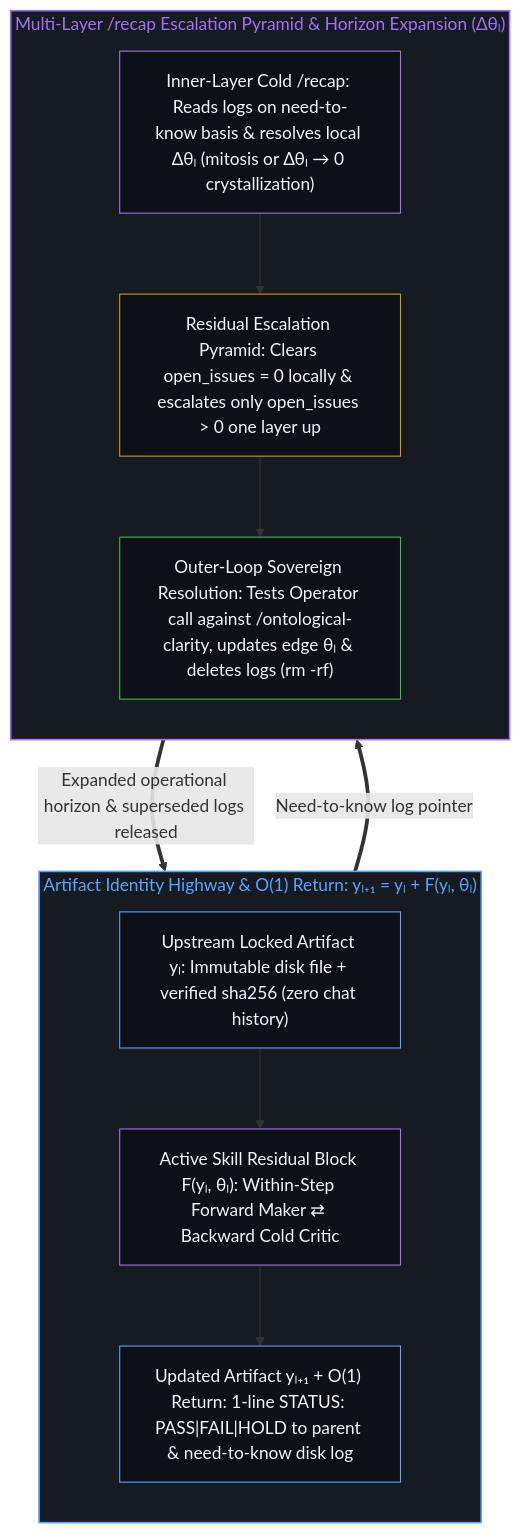
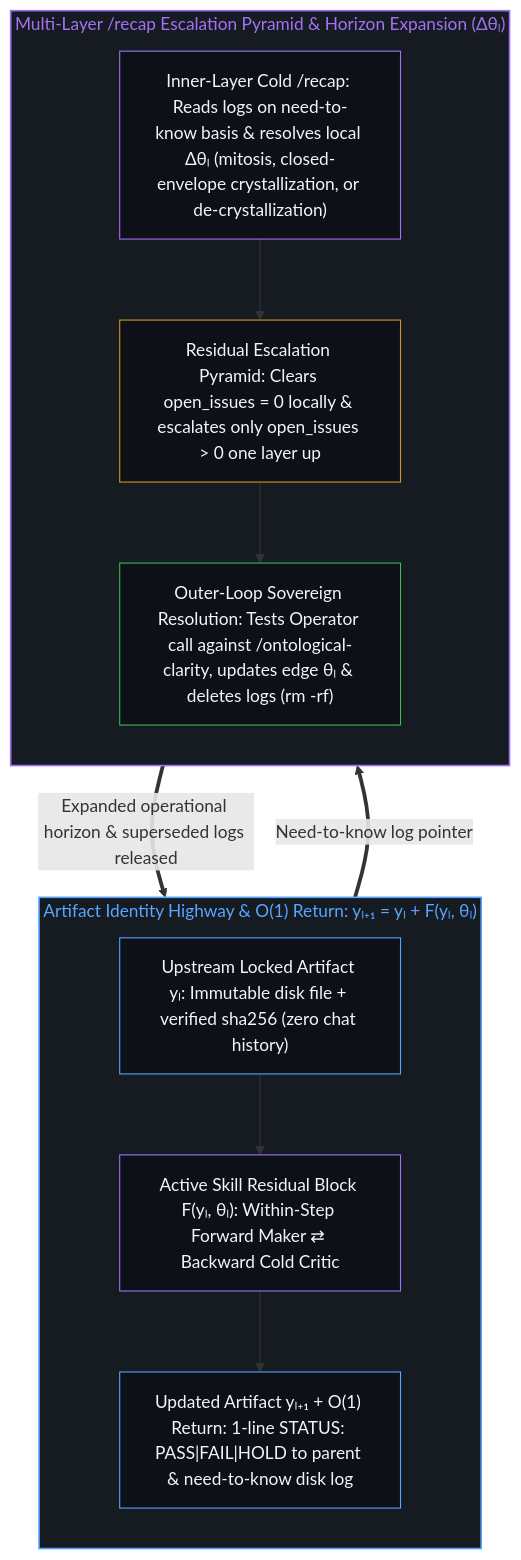
The fourth of 4 diagrams in content/posts/dynamic-resnet-of-skill-loops.md (powerpig99/not-a-toe), drawn with Mermaid before and after one commit. The commit also changed other lines of this file and 14 other files, not shown here.

````diff
--- a/content/posts/dynamic-resnet-of-skill-loops.md
+++ b/content/posts/dynamic-resnet-of-skill-loops.md
@@ -145,27 +145,27 @@
 ```mermaid
 flowchart TD
     subgraph S_Highway["Artifact Identity Highway & O(1) Return: yₗ₊₁ = yₗ + F(yₗ, θₗ)"]
         direction TB
         H_In["Upstream Locked Artifact yₗ: Immutable disk file + verified sha256 (zero chat history)"]
         H_Block["Active Skill Residual Block F(yₗ, θₗ): Within-Step Forward Maker ⇄ Backward Cold Critic"]
         H_Out["Updated Artifact yₗ₊₁ + O(1) Return: 1-line STATUS: PASS|FAIL|HOLD to parent & need-to-know disk log"]
         H_In --> H_Block --> H_Out
     end
     subgraph S_Dynamic["Multi-Layer /recap Escalation Pyramid & Horizon Expansion (Δθₗ)"]
         direction TB
-        D_Local["Inner-Layer Cold /recap: Reads logs on need-to-know basis & resolves local Δθₗ (mitosis or Δθₗ → 0 crystallization)"]
+        D_Local["Inner-Layer Cold /recap: Reads logs on need-to-know basis & resolves local Δθₗ (mitosis, closed-envelope crystallization, or de-crystallization)"]
         D_Esc["Residual Escalation Pyramid: Clears open_issues = 0 locally & escalates only open_issues > 0 one layer up"]
         D_Ratify["Outer-Loop Sovereign Resolution: Tests Operator call against /ontological-clarity, updates edge θₗ & deletes logs (rm -rf)"]
         D_Local --> D_Esc --> D_Ratify
     end
     H_Out ==>|"Need-to-know log pointer"| D_Local
     D_Ratify ==>|"Expanded operational horizon & superseded logs released"| H_In
     style S_Highway fill:#161b22,stroke:#58a6ff,stroke-width:1.5px,color:#58a6ff
     style S_Dynamic fill:#161b22,stroke:#a371f7,stroke-width:1.5px,color:#a371f7
     style H_In fill:#0d1117,stroke:#58a6ff,stroke-width:1px,color:#f0f6fc
     style H_Block fill:#0d1117,stroke:#a371f7,stroke-width:1px,color:#f0f6fc
     style H_Out fill:#0d1117,stroke:#58a6ff,stroke-width:1px,color:#f0f6fc
     style D_Local fill:#0d1117,stroke:#a371f7,stroke-width:1px,color:#f0f6fc
     style D_Esc fill:#0d1117,stroke:#d29922,stroke-width:1px,color:#f0f6fc
     style D_Ratify fill:#0d1117,stroke:#3fb950,stroke-width:1px,color:#f0f6fc
 ```
````
